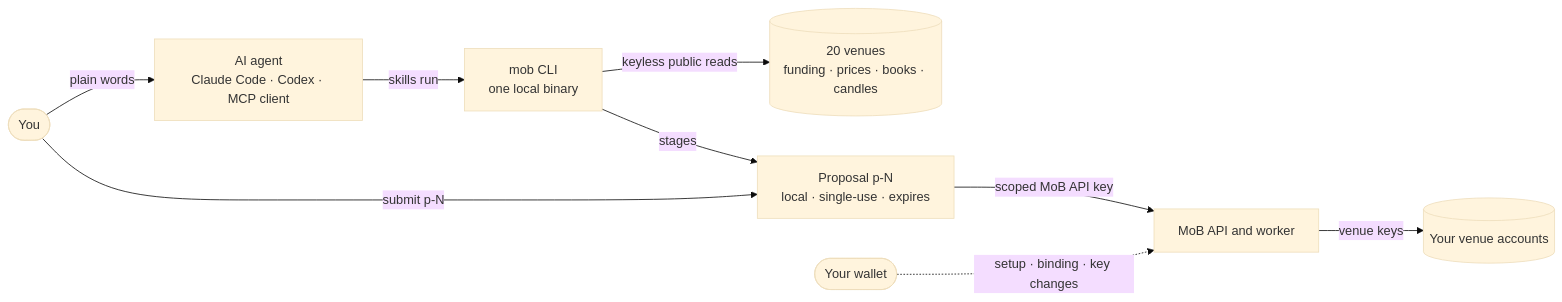
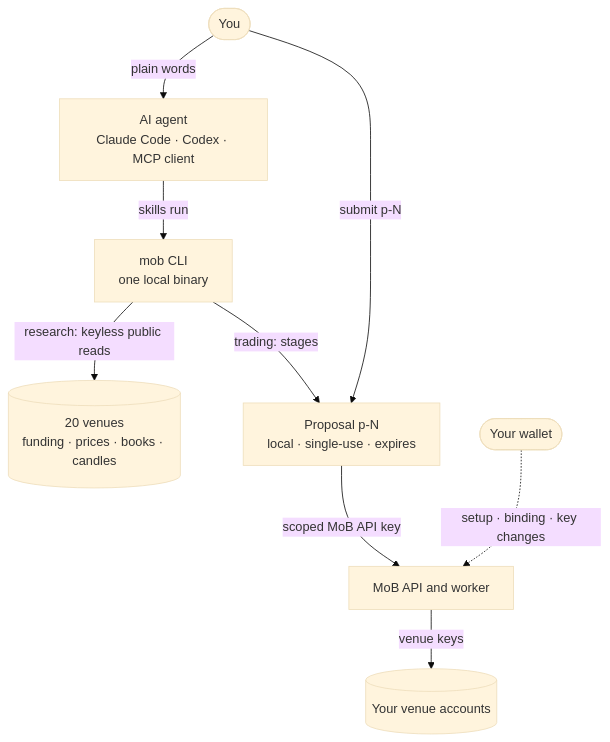
Before and after one commit to da-bao-jian/mstack: the diagram in README.md, drawn with Mermaid (base theme). The commit also changed other lines of this file, not shown here.

Commit message:
docs(readme): top-down flow diagram; keep <id> visible
GitHub read the bare <id> in "close task <id>" as an HTML tag, and the
left-to-right diagram shrank its text and hid the last node.

Claude-Session: https://claude.ai/code/session_01HtxVstD5AzXNn63tU1ChC3

````diff
--- a/README.md
+++ b/README.md
@@ -189,11 +189,11 @@
 ```mermaid
-flowchart LR
+flowchart TB
     you([You]) -- "plain words" --> agent["AI agent<br/>Claude Code · Codex · MCP client"]
     agent -- "skills run" --> cli["mob CLI<br/>one local binary"]
-    cli -- "keyless public reads" --> venues[("20 venues<br/>funding · prices · books · candles")]
-    cli -- "stages" --> proposal["Proposal p-N<br/>local · single-use · expires"]
+    cli -- "research: keyless public reads" --> venues[("20 venues<br/>funding · prices · books · candles")]
+    cli -- "trading: stages" --> proposal["Proposal p-N<br/>local · single-use · expires"]
     you -- "submit p-N" --> proposal
     proposal -- "scoped MoB API key" --> mob["MoB API and worker"]
+    wallet([Your wallet]) -. "setup · binding · key changes" .-> mob
     mob -- "venue keys" --> accounts[("Your venue accounts")]
-    wallet([Your wallet]) -. "setup · binding · key changes" .-> mob
 ```
````
